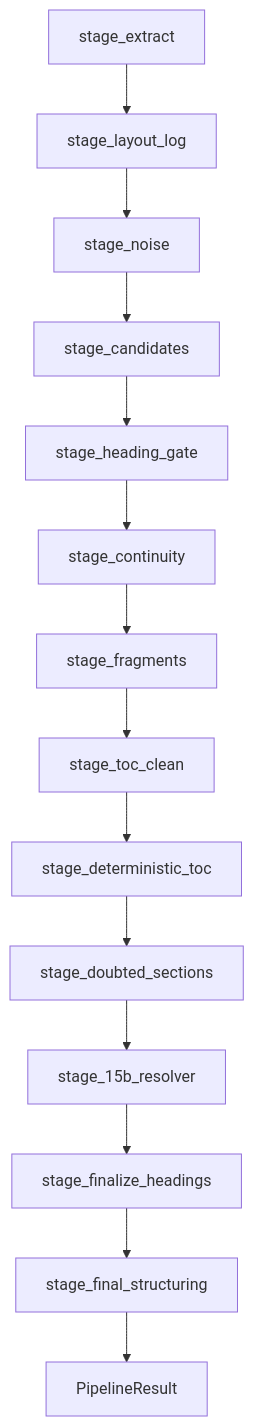
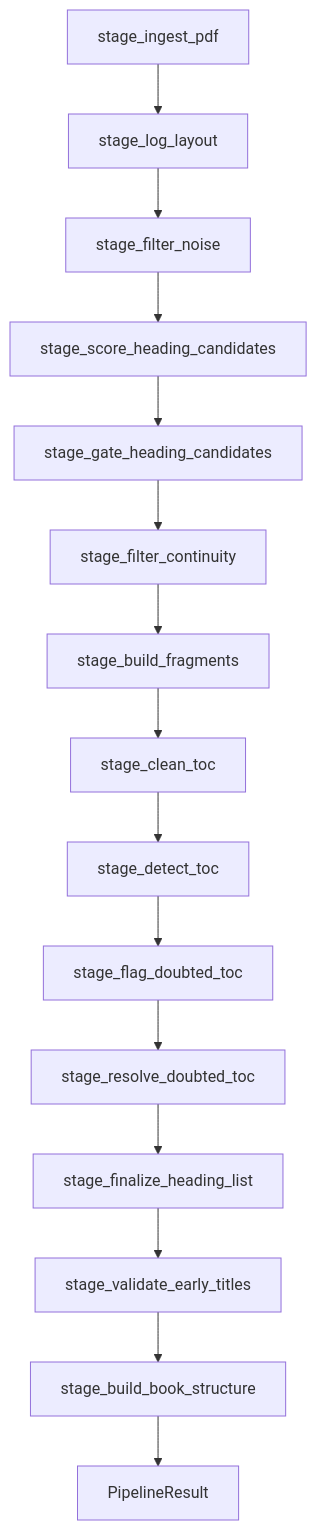
Before and after one commit to Wasim-Shaikh25/AI-Book-Summerizing-Tool: the diagram in specs/modules/pipeline-core.md, drawn with Mermaid. The commit also changed other lines of this file and 273 other files, not shown here.

````diff
--- a/specs/modules/pipeline-core.md
+++ b/specs/modules/pipeline-core.md
@@ -33,16 +46,17 @@
 ```mermaid
 flowchart TD
-    S1[stage_extract] --> S2[stage_layout_log]
-    S2 --> S3[stage_noise]
-    S3 --> S4[stage_candidates]
-    S4 --> S5[stage_heading_gate]
-    S5 --> S6[stage_continuity]
-    S6 --> S7[stage_fragments]
-    S7 --> S8[stage_toc_clean]
-    S8 --> S9[stage_deterministic_toc]
-    S9 --> S10[stage_doubted_sections]
-    S10 --> S11[stage_15b_resolver]
-    S11 --> S12[stage_finalize_headings]
-    S12 --> S13[stage_final_structuring]
-    S13 --> DONE[PipelineResult]
+    S1[stage_ingest_pdf] --> S2[stage_log_layout]
+    S2 --> S3[stage_filter_noise]
+    S3 --> S4[stage_score_heading_candidates]
+    S4 --> S5[stage_gate_heading_candidates]
+    S5 --> S6[stage_filter_continuity]
+    S6 --> S7[stage_build_fragments]
+    S7 --> S8[stage_clean_toc]
+    S8 --> S9[stage_detect_toc]
+    S9 --> S10[stage_flag_doubted_toc]
+    S10 --> S11[stage_resolve_doubted_toc]
+    S11 --> S12[stage_finalize_heading_list]
+    S12 --> S13[stage_validate_early_titles]
+    S13 --> S14[stage_build_book_structure]
+    S14 --> DONE[PipelineResult]
 ```
````
